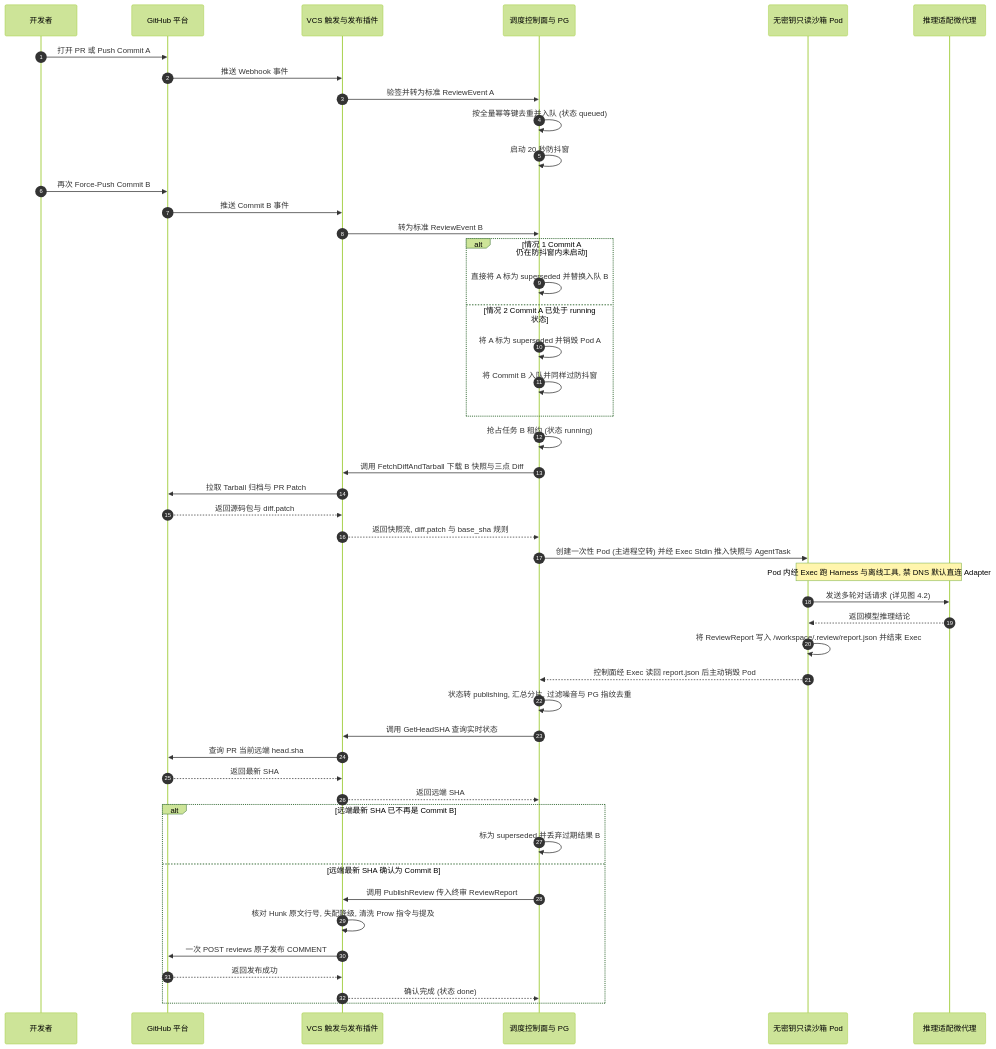
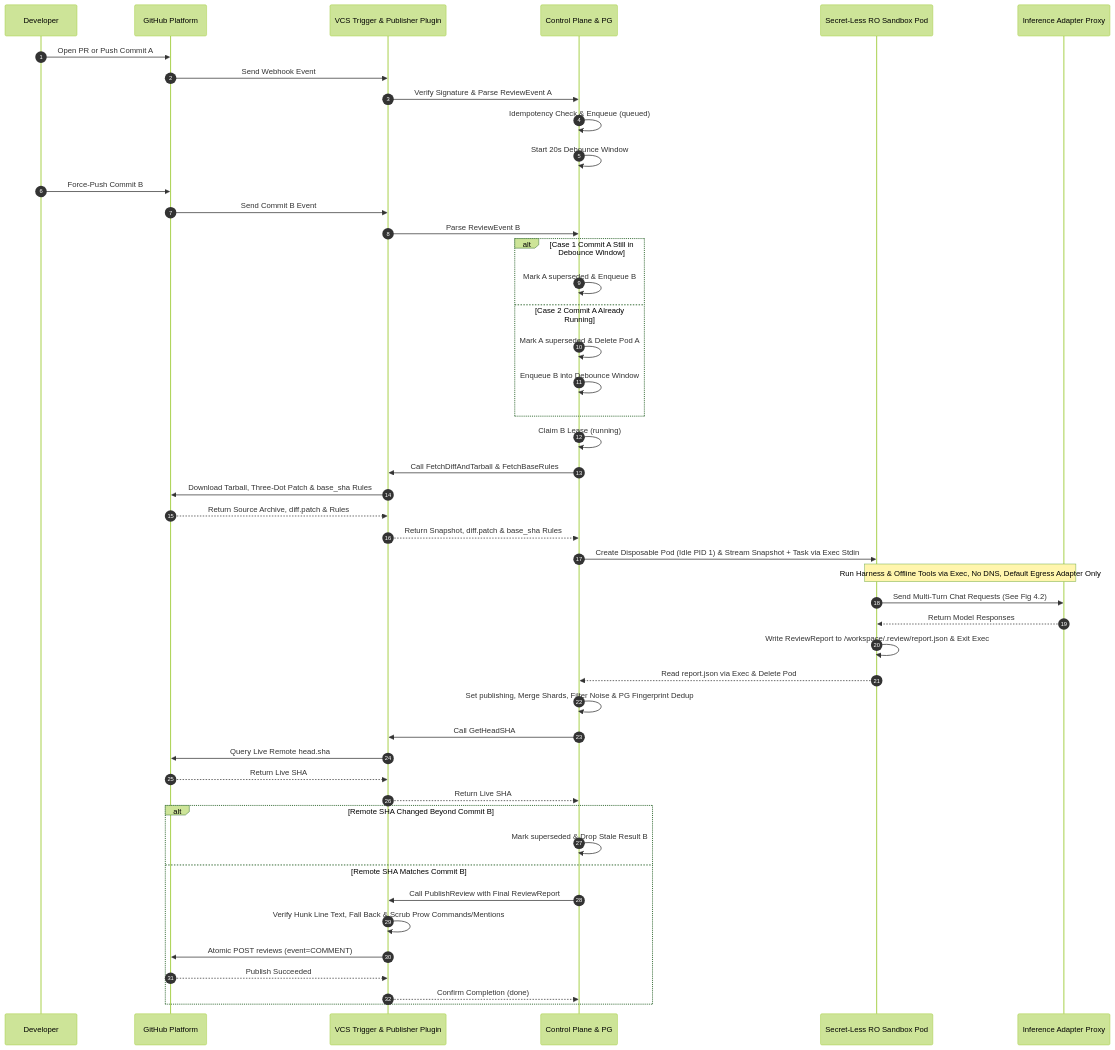
The second of 3 diagrams in docs/design/hld.md (zetxqx/review-agent-infra), drawn with Mermaid (forest theme) before and after one commit. The commit also changed other lines of this file and 2 other files, not shown here.

Commit message:
Translate repository documentation, diagrams, and code comments into English.

````diff
--- a/docs/design/hld.md
+++ b/docs/design/hld.md
@@ -237,54 +237,54 @@
 ```mermaid
 sequenceDiagram
     autonumber
-    participant Dev as 开发者
-    participant GH as GitHub 平台
-    participant VCS as VCS 触发与发布插件
-    participant Orch as 调度控制面与 PG
-    participant Pod as 无密钥只读沙箱 Pod
-    participant Adapter as 推理适配微代理
+    participant Dev as Developer
+    participant GH as GitHub Platform
+    participant VCS as VCS Trigger & Publisher Plugin
+    participant Orch as Control Plane & PG
+    participant Pod as Secret-Less RO Sandbox Pod
+    participant Adapter as Inference Adapter Proxy
 
-    Dev->>GH: 打开 PR 或 Push Commit A
-    GH->>VCS: 推送 Webhook 事件
-    VCS->>Orch: 验签并转为标准 ReviewEvent A
-    Orch->>Orch: 按全量幂等键去重并入队 (状态 queued)
-    Orch->>Orch: 启动 20 秒防抖窗
+    Dev->>GH: Open PR or Push Commit A
+    GH->>VCS: Send Webhook Event
+    VCS->>Orch: Verify Signature & Parse ReviewEvent A
+    Orch->>Orch: Idempotency Check & Enqueue (queued)
+    Orch->>Orch: Start 20s Debounce Window
 
-    Dev->>GH: 再次 Force-Push Commit B
-    GH->>VCS: 推送 Commit B 事件
-    VCS->>Orch: 转为标准 ReviewEvent B
+    Dev->>GH: Force-Push Commit B
+    GH->>VCS: Send Commit B Event
+    VCS->>Orch: Parse ReviewEvent B
 
-    alt 情况 1 Commit A 仍在防抖窗内未启动
-        Orch->>Orch: 直接将 A 标为 superseded 并替换入队 B
-    else 情况 2 Commit A 已处于 running 状态
-        Orch->>Orch: 将 A 标为 superseded 并销毁 Pod A
-        Orch->>Orch: 将 Commit B 入队并同样过防抖窗
+    alt Case 1 Commit A Still in Debounce Window
+        Orch->>Orch: Mark A superseded & Enqueue B
+    else Case 2 Commit A Already Running
+        Orch->>Orch: Mark A superseded & Delete Pod A
+        Orch->>Orch: Enqueue B into Debounce Window
     end
 
-    Orch->>Orch: 抢占任务 B 租约 (状态 running)
-    Orch->>VCS: 调用 FetchDiffAndTarball 下载 B 快照与三点 Diff
-    VCS->>GH: 拉取 Tarball 归档与 PR Patch
-    GH-->>VCS: 返回源码包与 diff.patch
-    VCS-->>Orch: 返回快照流, diff.patch 与 base_sha 规则
-    Orch->>Pod: 创建一次性 Pod (主进程空转) 并经 Exec Stdin 推入快照与 AgentTask
-    Note over Pod,Adapter: Pod 内经 Exec 跑 Harness 与离线工具, 禁 DNS 默认直连 Adapter
-    Pod->>Adapter: 发送多轮对话请求 (详见图 4.2)
-    Adapter-->>Pod: 返回模型推理结论
-    Pod->>Pod: 将 ReviewReport 写入 /workspace/.review/report.json 并结束 Exec
-    Pod-->>Orch: 控制面经 Exec 读回 report.json 后主动销毁 Pod
+    Orch->>Orch: Claim B Lease (running)
+    Orch->>VCS: Call FetchDiffAndTarball & FetchBaseRules
+    VCS->>GH: Download Tarball, Three-Dot Patch & base_sha Rules
+    GH-->>VCS: Return Source Archive, diff.patch & Rules
+    VCS-->>Orch: Return Snapshot, diff.patch & base_sha Rules
+    Orch->>Pod: Create Disposable Pod (Idle PID 1) & Stream Snapshot + Task via Exec Stdin
+    Note over Pod,Adapter: Run Harness & Offline Tools via Exec, No DNS, Default Egress Adapter Only
+    Pod->>Adapter: Send Multi-Turn Chat Requests (See Fig 4.2)
+    Adapter-->>Pod: Return Model Responses
+    Pod->>Pod: Write ReviewReport to /workspace/.review/report.json & Exit Exec
+    Pod-->>Orch: Read report.json via Exec & Delete Pod
 
-    Orch->>Orch: 状态转 publishing, 汇总分片, 过滤噪音与 PG 指纹去重
-    Orch->>VCS: 调用 GetHeadSHA 查询实时状态
-    VCS->>GH: 查询 PR 当前远端 head.sha
-    GH-->>VCS: 返回最新 SHA
-    VCS-->>Orch: 返回远端 SHA
-    alt 远端最新 SHA 已不再是 Commit B
-        Orch->>Orch: 标为 superseded 并丢弃过期结果 B
-    else 远端最新 SHA 确认为 Commit B
-        Orch->>VCS: 调用 PublishReview 传入终审 ReviewReport
-        VCS->>VCS: 核对 Hunk 原文行号, 失配降级, 清洗 Prow 指令与提及
-        VCS->>GH: 一次 POST reviews 原子发布 COMMENT
-        GH-->>VCS: 返回发布成功
-        VCS-->>Orch: 确认完成 (状态 done)
+    Orch->>Orch: Set publishing, Merge Shards, Filter Noise & PG Fingerprint Dedup
+    Orch->>VCS: Call GetHeadSHA
+    VCS->>GH: Query Live Remote head.sha
+    GH-->>VCS: Return Live SHA
+    VCS-->>Orch: Return Live SHA
+    alt Remote SHA Changed Beyond Commit B
+        Orch->>Orch: Mark superseded & Drop Stale Result B
+    else Remote SHA Matches Commit B
+        Orch->>VCS: Call PublishReview with Final ReviewReport
+        VCS->>VCS: Verify Hunk Line Text, Fall Back & Scrub Prow Commands/Mentions
+        VCS->>GH: Atomic POST reviews (event=COMMENT)
+        GH-->>VCS: Publish Succeeded
+        VCS-->>Orch: Confirm Completion (done)
     end
 ```
````
